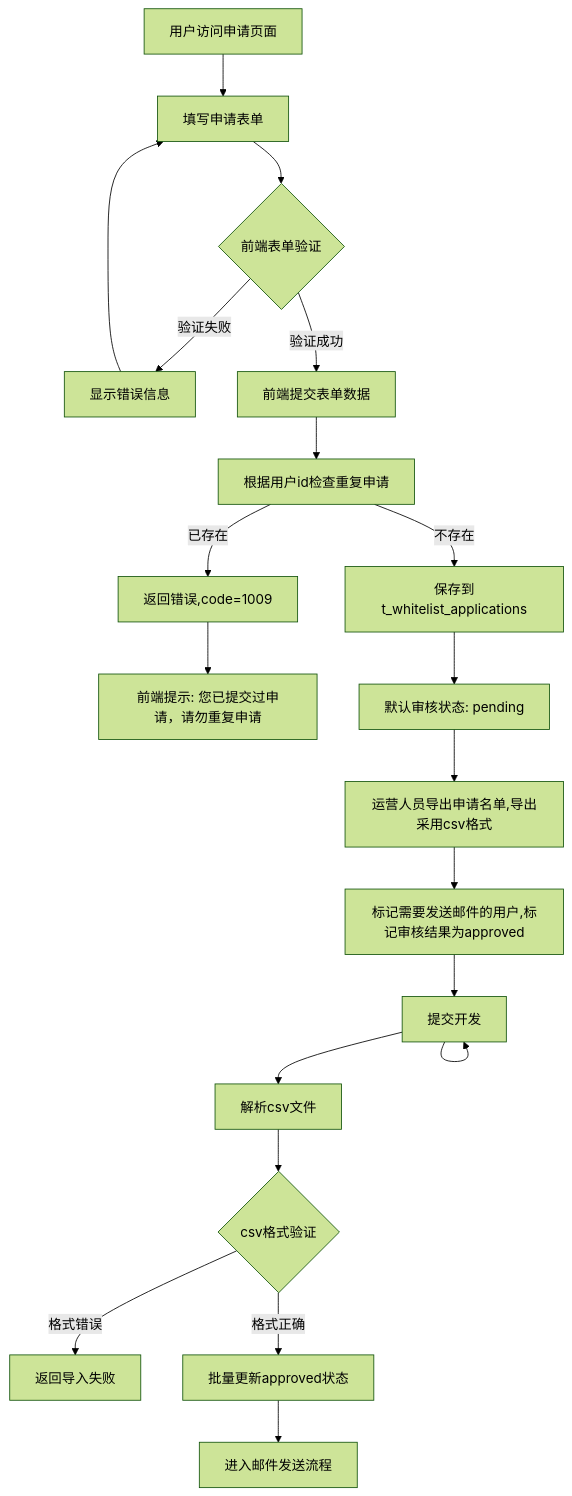
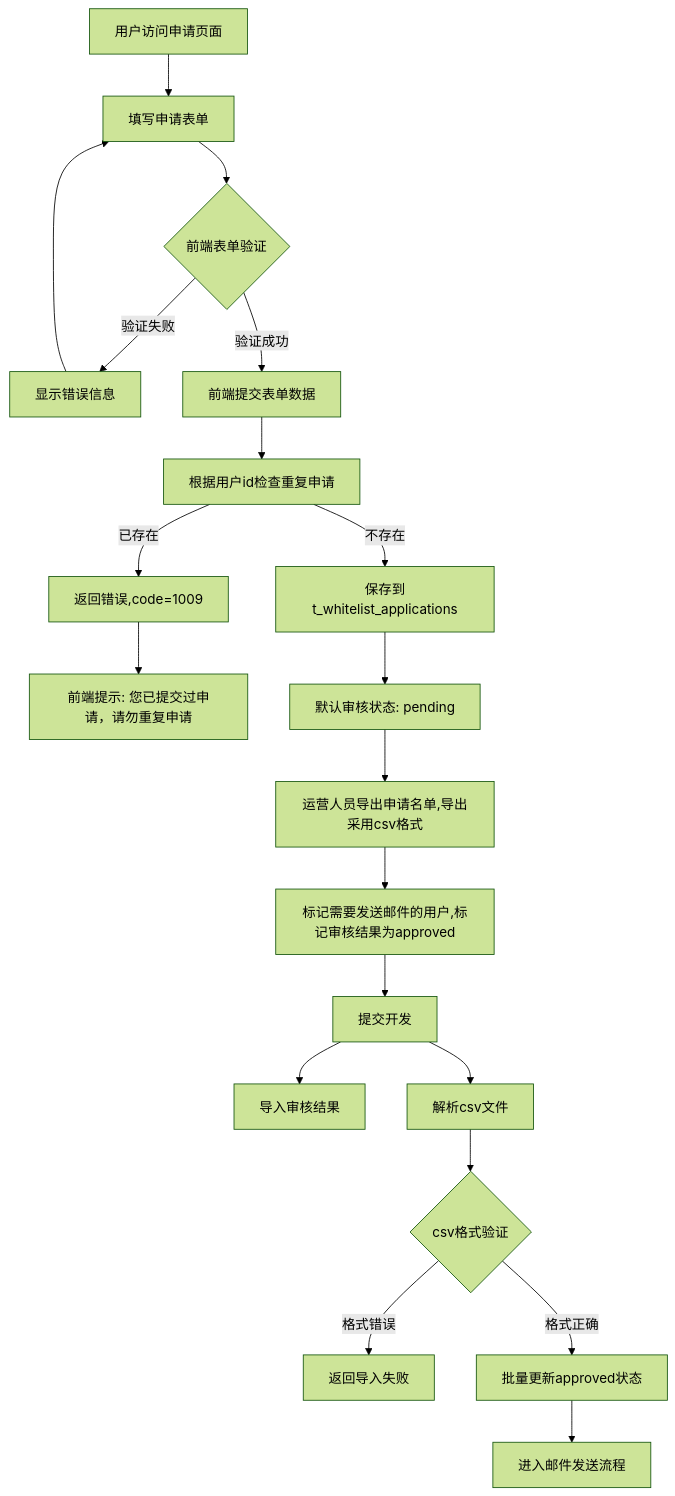
Before and after one commit to yingjianzh/iodraw-files: the diagram in all/未命名-76.md, drawn with Mermaid (forest theme).

Commit message:
2025-07-08 09:51:32 update

````diff
--- a/all/未命名-76.md
+++ b/all/未命名-76.md
@@ -1,25 +1,25 @@
 ```mermaid
 
 flowchart TD
     A[用户访问申请页面] --> B[填写申请表单]
     B --> C{前端表单验证}
     C -->|验证失败| D[显示错误信息]
     D --> B
     C -->|验证成功| E[前端提交表单数据]
     E --> F[根据用户id检查重复申请]
     F -->|已存在| G[返回错误,code=1009]
     G --> H[前端提示: 您已提交过申请，请勿重复申请]
     F -->|不存在| I[保存到t_whitelist_applications]
     I --> K[默认审核状态: pending]
     
     K --> P[运营人员导出申请名单,导出采用csv格式]
     P --> S[标记需要发送邮件的用户,标记审核结果为approved]
     S --> T[提交开发]
-    T --> 
+    T --> T1[导入审核结果]
     T --> T2[解析csv文件]
     T2 --> T3{csv格式验证}
     T3 -->|格式错误| T4[返回导入失败]
     T3 -->|格式正确| U[批量更新approved状态]
     U --> V[进入邮件发送流程]
 
 ```
````
